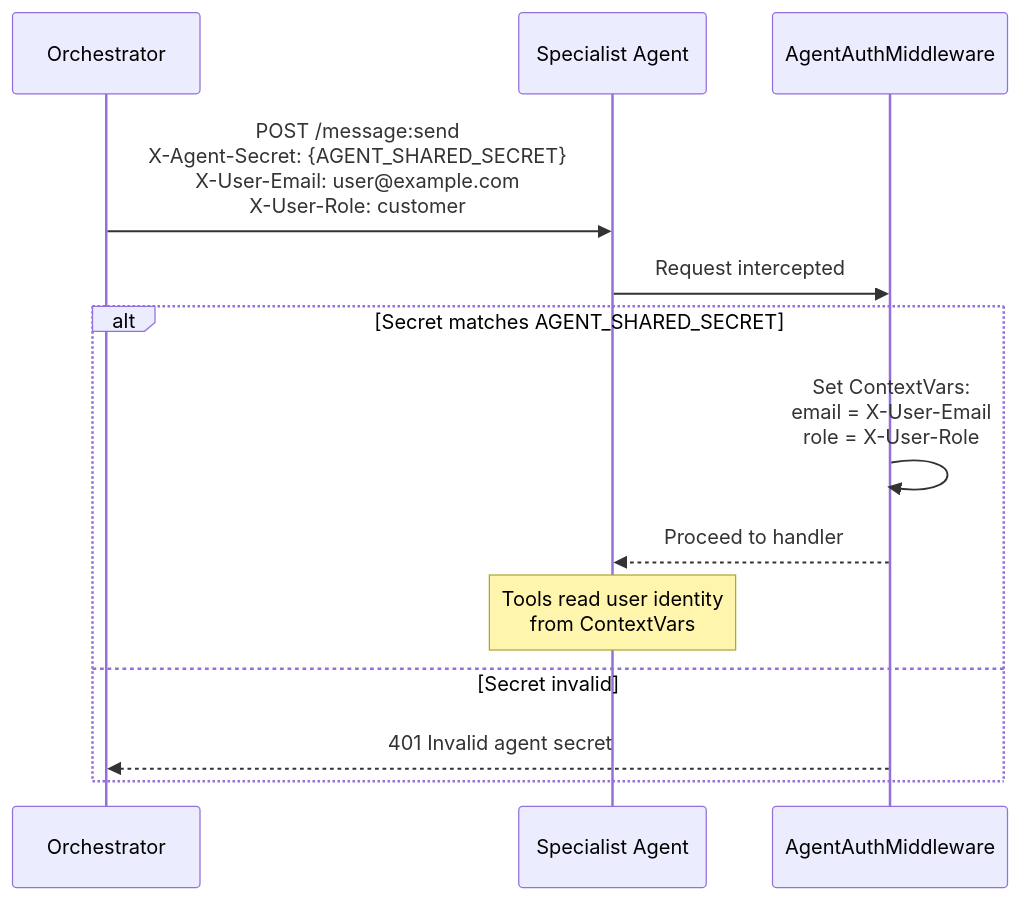
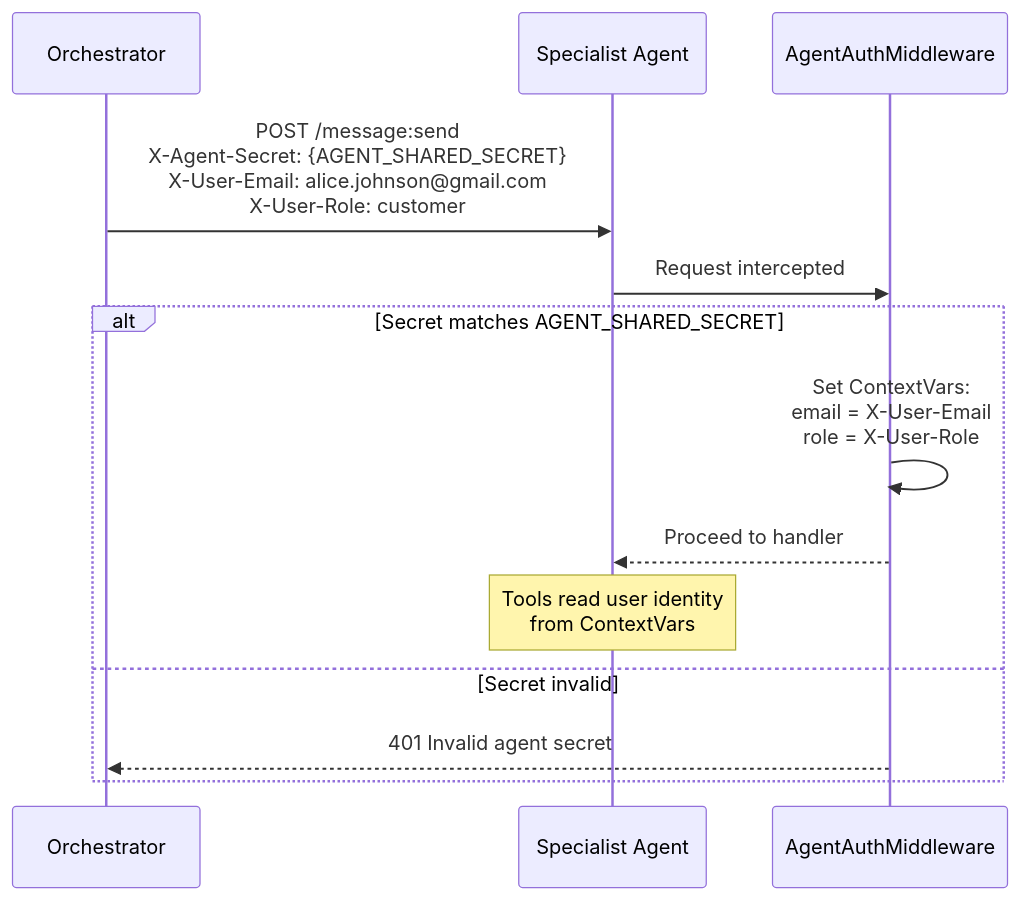
Before and after one commit to nitin27may/e-commerce-agents: the sixth of 7 diagrams in docs/architecture.md, drawn with Mermaid. The commit also changed other lines of this file and 7 other files, not shown here.

````diff
--- a/docs/architecture.md
+++ b/docs/architecture.md
@@ -320,18 +320,18 @@
 ```mermaid
 sequenceDiagram
     participant ORCH as Orchestrator
     participant AGENT as Specialist Agent
     participant MW as AgentAuthMiddleware
 
-    ORCH->>AGENT: POST /message:send<br/>X-Agent-Secret: {AGENT_SHARED_SECRET}<br/>X-User-Email: user@example.com<br/>X-User-Role: customer
+    ORCH->>AGENT: POST /message:send<br/>X-Agent-Secret: {AGENT_SHARED_SECRET}<br/>X-User-Email: alice.johnson@gmail.com<br/>X-User-Role: customer
 
     AGENT->>MW: Request intercepted
 
     alt Secret matches AGENT_SHARED_SECRET
         MW->>MW: Set ContextVars:<br/>email = X-User-Email<br/>role = X-User-Role
         MW-->>AGENT: Proceed to handler
         Note over AGENT: Tools read user identity<br/>from ContextVars
     else Secret invalid
         MW-->>ORCH: 401 Invalid agent secret
     end
 ```
````
